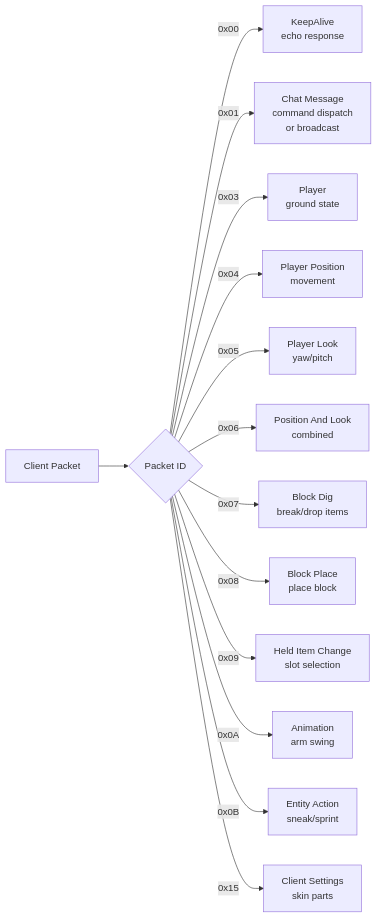
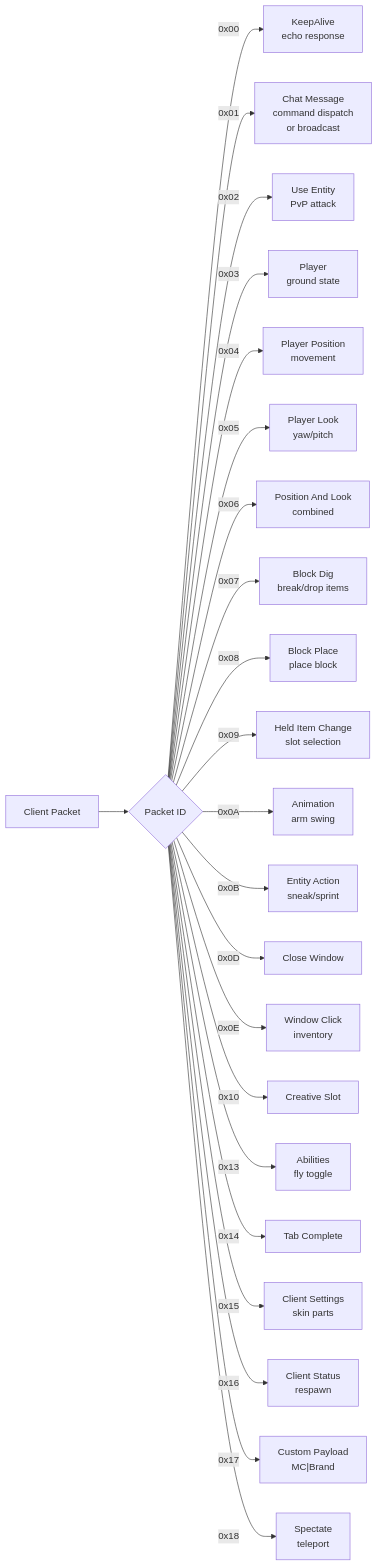
The fourth of 4 diagrams in README.md (go-theft-craft/server), drawn with Mermaid before and after one commit. The commit also changed other lines of this file and 30 other files, not shown here.

````diff
--- a/README.md
+++ b/README.md
@@ -218,16 +225,25 @@
 ```mermaid
 graph LR
     IN["Client Packet"] --> D{Packet ID}
     D -->|0x00| KA["KeepAlive<br/>echo response"]
     D -->|0x01| CHAT["Chat Message<br/>command dispatch<br/>or broadcast"]
+    D -->|0x02| UE["Use Entity<br/>PvP attack"]
     D -->|0x03| PG["Player<br/>ground state"]
     D -->|0x04| PP["Player Position<br/>movement"]
     D -->|0x05| PL["Player Look<br/>yaw/pitch"]
     D -->|0x06| PPL["Position And Look<br/>combined"]
     D -->|0x07| BD["Block Dig<br/>break/drop items"]
     D -->|0x08| BP["Block Place<br/>place block"]
     D -->|0x09| HI["Held Item Change<br/>slot selection"]
     D -->|0x0A| ANIM["Animation<br/>arm swing"]
     D -->|0x0B| EA["Entity Action<br/>sneak/sprint"]
+    D -->|0x0D| CW["Close Window"]
+    D -->|0x0E| WC["Window Click<br/>inventory"]
+    D -->|0x10| SCS["Creative Slot"]
+    D -->|0x13| AB["Abilities<br/>fly toggle"]
+    D -->|0x14| TC["Tab Complete"]
     D -->|0x15| CS["Client Settings<br/>skin parts"]
+    D -->|0x16| RS["Client Status<br/>respawn"]
+    D -->|0x17| CP["Custom Payload<br/>MC|Brand"]
+    D -->|0x18| SP["Spectate<br/>teleport"]
 ```
````
